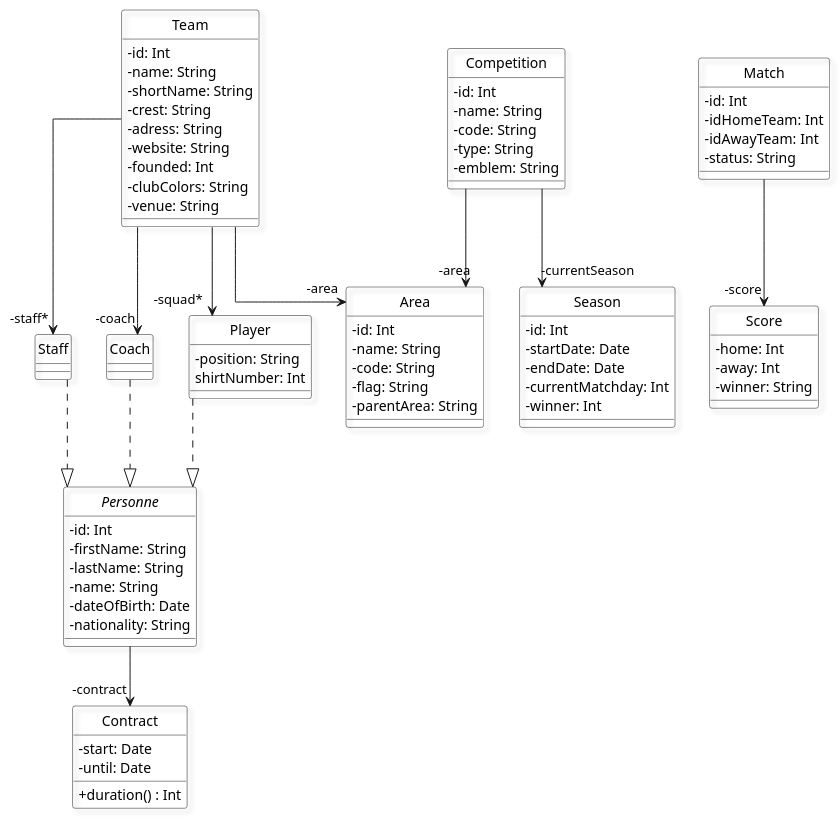
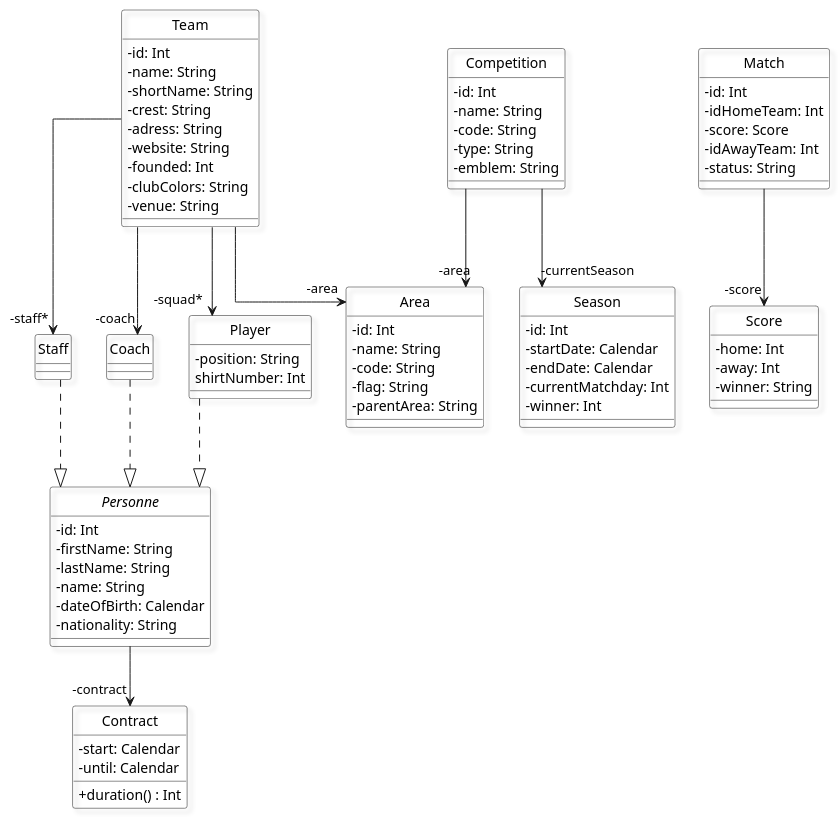
Before and after one commit to Emree63/Scor_It: the first of 2 diagrams in README.md, drawn with PlantUML.

Commit message:
Add class score in uml diagram 🔨

```diff
--- a/README.md
+++ b/README.md
@@ -50,8 +50,8 @@
 hide circle
 
 class Contract {
-    -start: Date
-    -until: Date
+    -start: Calendar
+    -until: Calendar
 
     +duration() : Int
 }
@@ -61,7 +61,7 @@
     -firstName: String
     -lastName: String
     -name: String
-    -dateOfBirth: Date
+    -dateOfBirth: Calendar
     -nationality: String
 
 }
@@ -107,8 +107,8 @@
 
 class Season {
     -id: Int
-    -startDate: Date
-    -endDate: Date
+    -startDate: Calendar
+    -endDate: Calendar
     -currentMatchday: Int
     -winner: Int
 }
@@ -116,6 +116,7 @@
 class Match {
     -id: Int
     -idHomeTeam: Int
+    -score: Score
     -idAwayTeam: Int
     -status: String
 }
```
